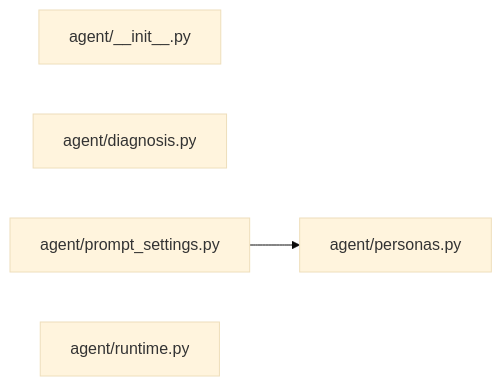
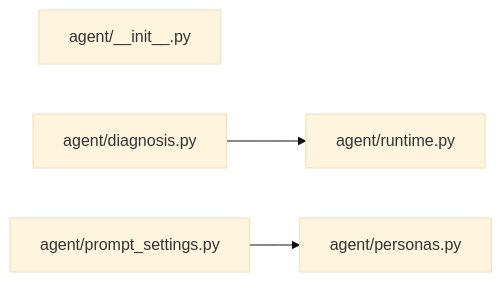
The third of 21 diagrams in docs/ARCHITECTURE_MAP.md (sarveshtalele/maf-harness-testing), drawn with Mermaid (base theme) before and after one commit. The commit also changed other lines of this file and 10 other files, not shown here.

````diff
--- a/docs/ARCHITECTURE_MAP.md
+++ b/docs/ARCHITECTURE_MAP.md
@@ -160,9 +160,10 @@
 ```mermaid
 flowchart LR
   f0["agent/__init__.py"]
   f1["agent/diagnosis.py"]
   f2["agent/personas.py"]
   f3["agent/prompt_settings.py"]
   f4["agent/runtime.py"]
+  f1 --> f4
   f3 --> f2
 ```
````
